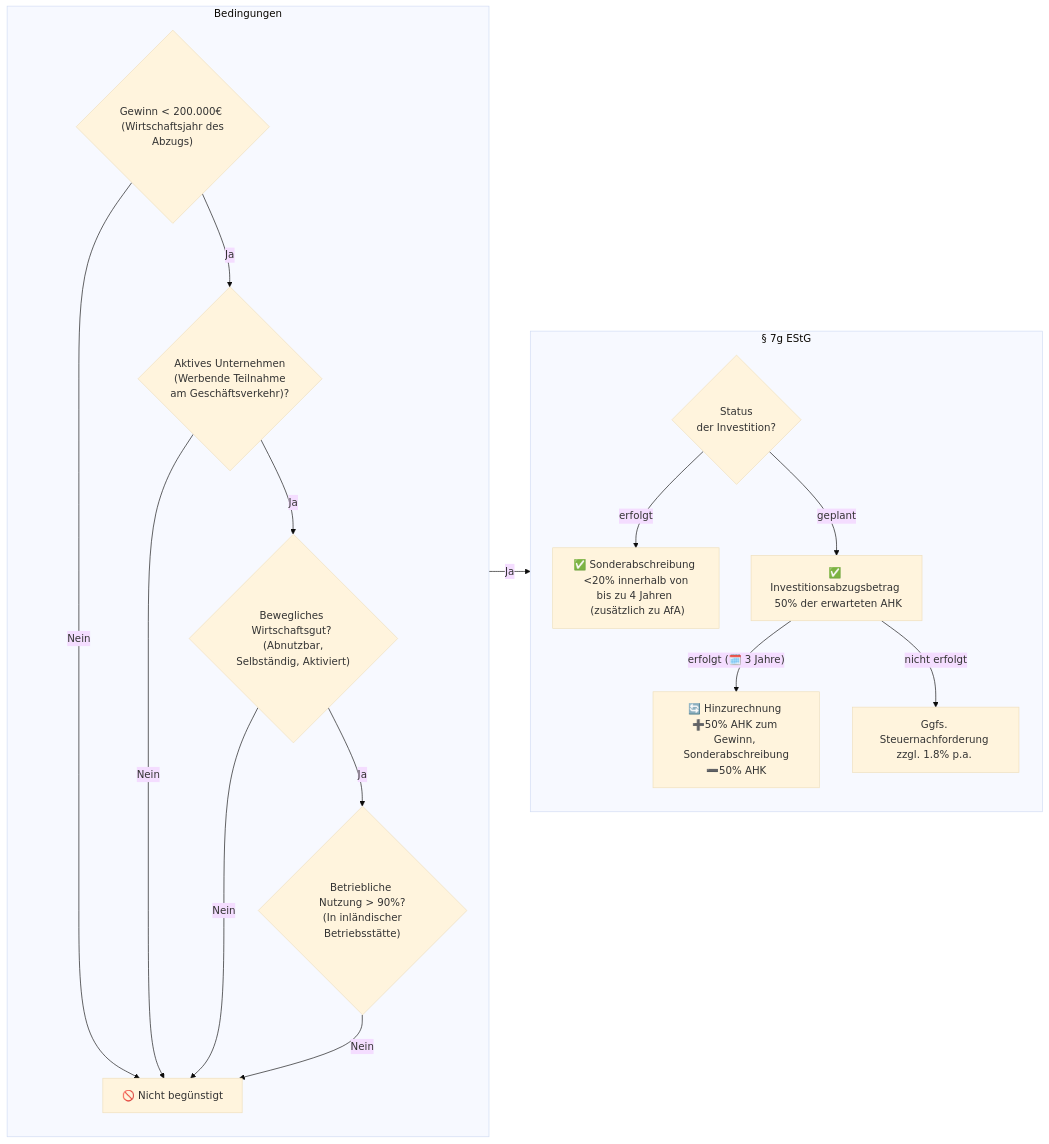
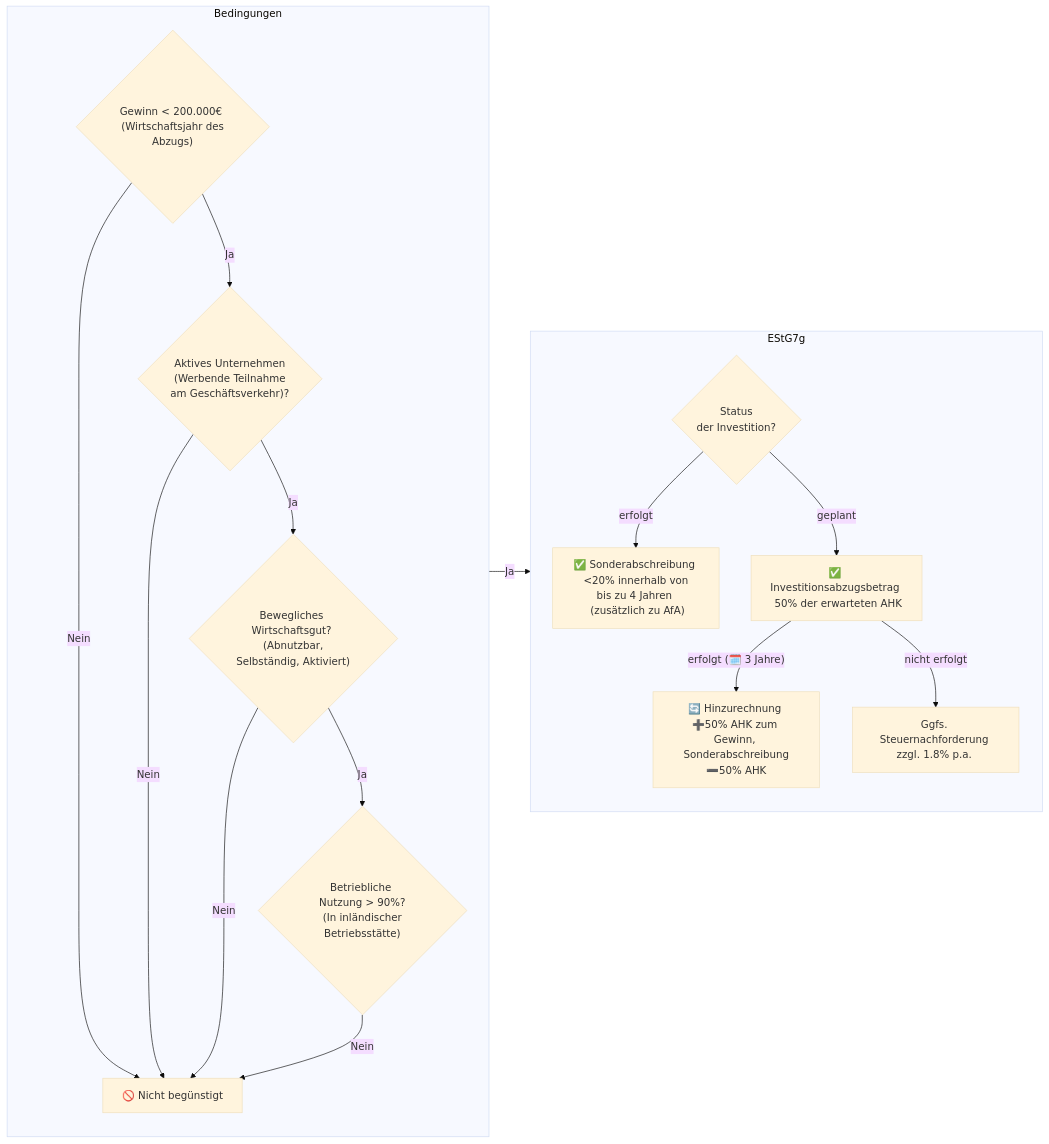
Before and after one commit to maxheld83/steuerFlow: the seventh of 7 diagrams in README.md, drawn with Mermaid (base theme).

Commit message:
reduce box

````diff
--- a/README.md
+++ b/README.md
@@ -60,30 +60,30 @@
 ```mermaid
 graph LR;
   subgraph Bedingungen;
     direction TB;
     istKMU{"Gewinn < 200.000€ \n (Wirtschaftsjahr des Abzugs)"};
     istKMU -- Nein --> keineSA["🚫 Nicht begünstigt"];
     istKMU -- Ja --> istAktiv;
     istAktiv{"Aktives Unternehmen \n (Werbende Teilnahme \n am Geschäftsverkehr)?"};
     istAktiv -- Nein --> keineSA;
     istAktiv -- Ja --> istBeweg;
     istBeweg{"Bewegliches Wirtschaftsgut? \n (Abnutzbar, Selbständig, Aktiviert)"};
     istBeweg -- Nein --> keineSA;
     istBeweg -- Ja --> ist90;
     ist90{"Betriebliche \n Nutzung > 90%? \n (In inländischer Betriebsstätte)"};
     ist90 -- Nein --> keineSA;
   end;
-  subgraph EStG7g ["§ 7g EStG"];
+  subgraph EStG7g;
     direction TB;
     ist90 -- Ja --> statusInv;
     statusInv{"Status \n der Investition?"};
     statusInv -- erfolgt --> 7gSonder;
     7gSonder["✅ Sonderabschreibung \n <20% innerhalb von bis zu 4 Jahren \n (zusätzlich zu AfA)"];
     statusInv -- geplant --> 7gInvAbzug;
     7gInvAbzug["✅ Investitionsabzugsbetrag \n 50% der erwarteten AHK "];
     7gInvAbzug -- erfolgt (🗓️ 3 Jahre) --> 7gInvAbzugErfolg;
     7gInvAbzugErfolg["🔄 Hinzurechnung ➕50% AHK zum Gewinn, \n Sonderabschreibung ➖50% AHK"];
     7gInvAbzugRueckz["Ggfs. Steuernachforderung zzgl. 1.8% p.a. \n "];
     7gInvAbzug -- nicht erfolgt --> 7gInvAbzugRueckz;
   end;
 ```
````
